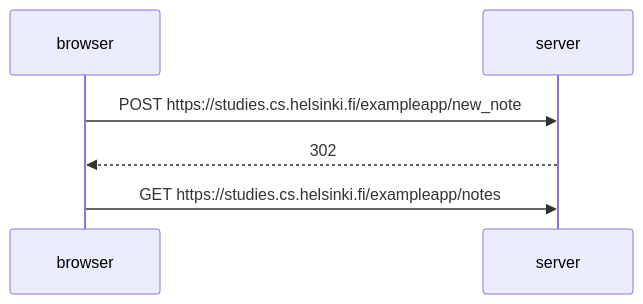
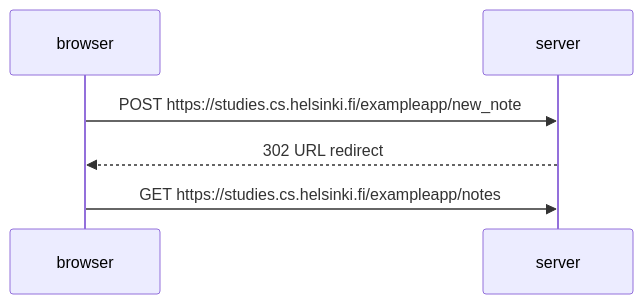
Before and after one commit to ruove/fullstackopen: the diagram in osa0/teht04.md, drawn with Mermaid.

````diff
--- a/osa0/teht04.md
+++ b/osa0/teht04.md
@@ -1,12 +1,12 @@
 ```mermaid
 sequenceDiagram
     participant browser
     participant server
     
     browser->>server: POST https://studies.cs.helsinki.fi/exampleapp/new_note
-    server-->>browser: 302
+    server-->>browser: 302 URL redirect
     browser->>server: GET https://studies.cs.helsinki.fi/exampleapp/notes
     
     
 
 ```
````
